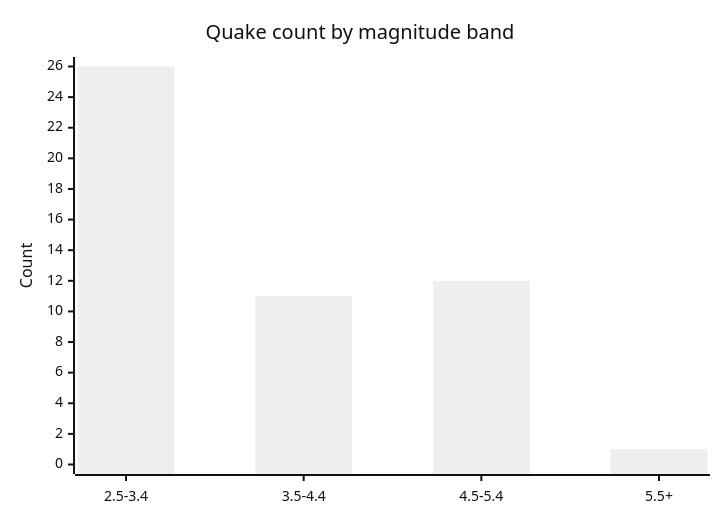
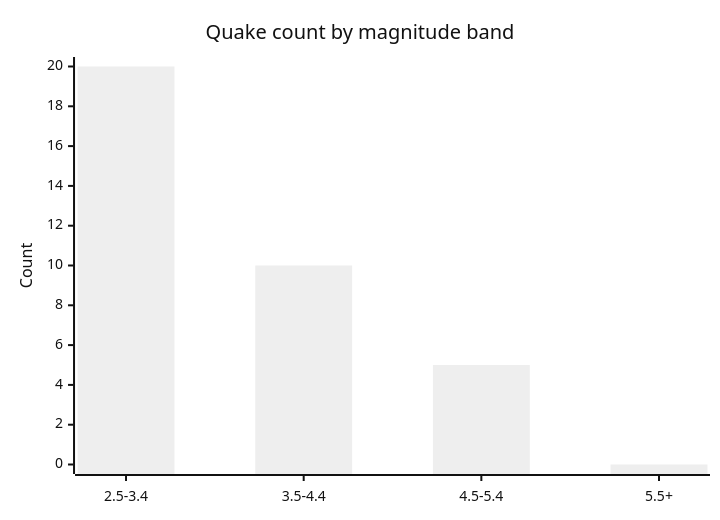
Before and after one commit to Midwest-Stratospheric/aerostratospheric-defense-gir: the fifth of 6 diagrams in docs/GRAPHS.md, drawn with Mermaid (neutral theme). The commit also changed other lines of this file and 25 other files, not shown here.

````diff
--- a/docs/GRAPHS.md
+++ b/docs/GRAPHS.md
@@ -82,7 +82,7 @@
 ```mermaid
 xychart-beta
   title "Quake count by magnitude band"
   x-axis ["2.5-3.4", "3.5-4.4", "4.5-5.4", "5.5+"]
-  y-axis "Count" 0 --> 26
-  bar [26, 11, 12, 1]
+  y-axis "Count" 0 --> 20
+  bar [20, 10, 5, 0]
 ```
````
